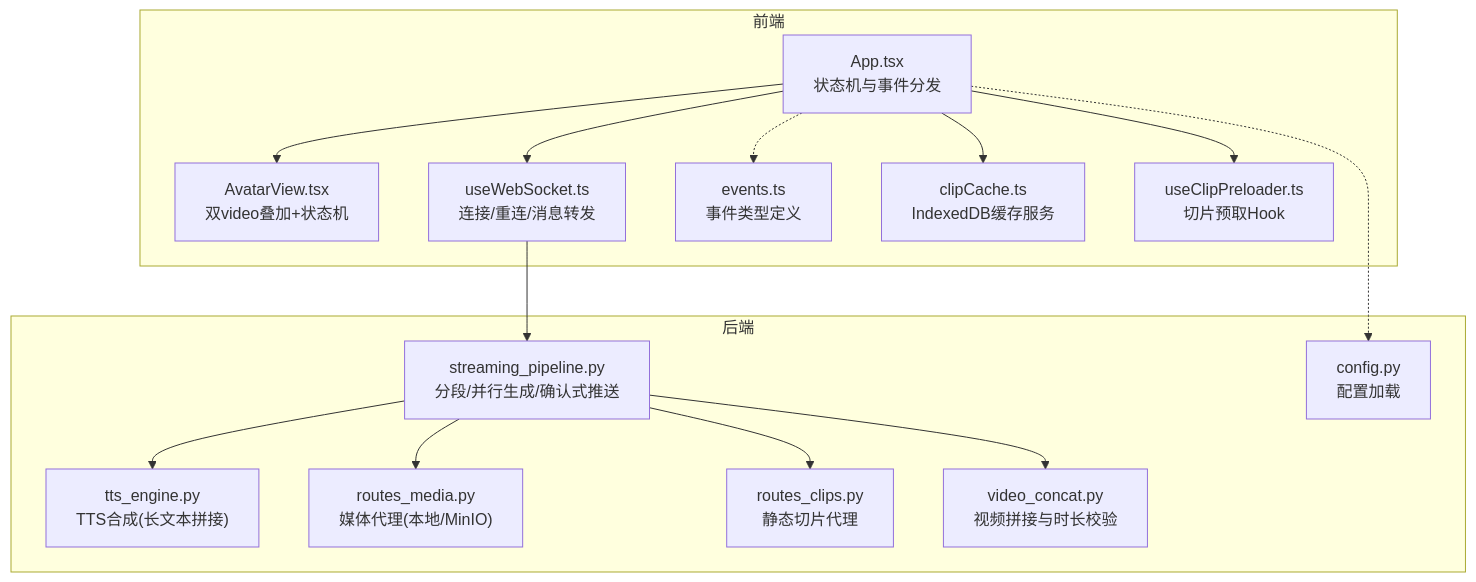
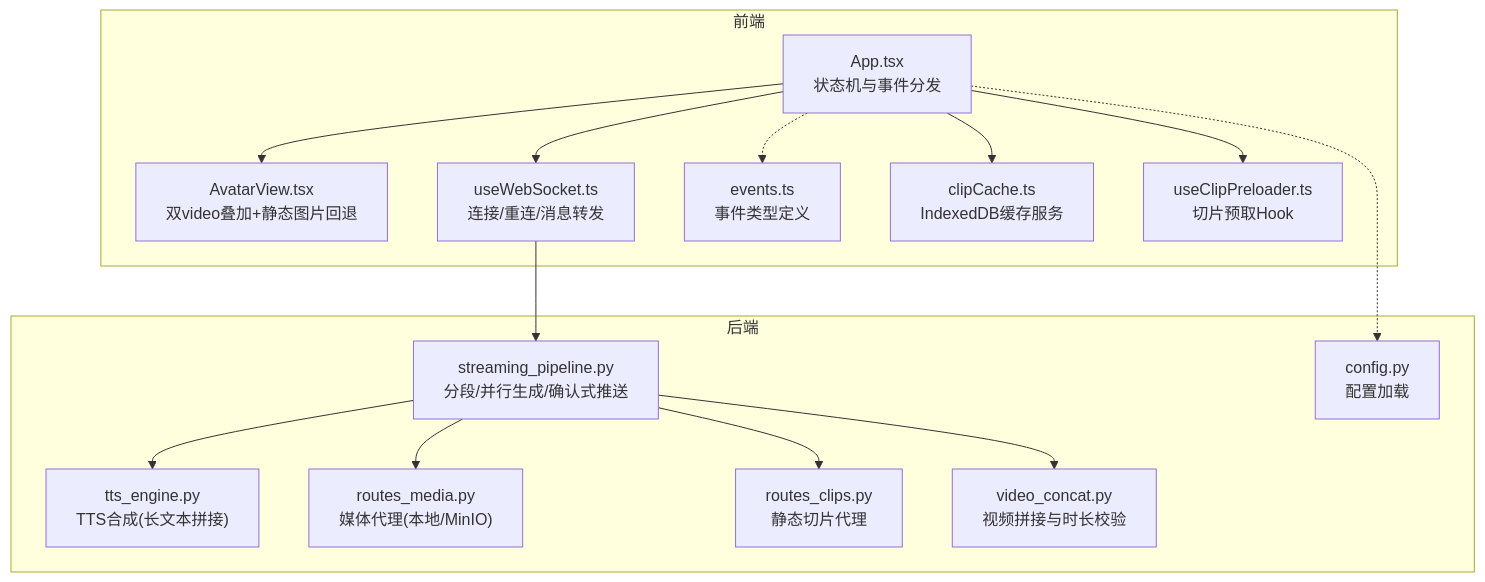
The first of 6 diagrams in .qoder/repowiki/zh/content/前端应用/虚拟形象系统.md (leo21cn/real-time-talk), drawn with Mermaid before and after one commit. The commit also changed other lines of this file and 3 other files, not shown here.

````diff
--- a/.qoder/repowiki/zh/content/前端应用/虚拟形象系统.md
+++ b/.qoder/repowiki/zh/content/前端应用/虚拟形象系统.md
@@ -56,30 +48,30 @@
 ```mermaid
 graph TB
 subgraph "前端"
 A["App.tsx<br/>状态机与事件分发"]
-B["AvatarView.tsx<br/>双video叠加+状态机"]
+B["AvatarView.tsx<br/>双video叠加+静态图片回退"]
 C["useWebSocket.ts<br/>连接/重连/消息转发"]
 D["events.ts<br/>事件类型定义"]
 E["clipCache.ts<br/>IndexedDB缓存服务"]
 F["useClipPreloader.ts<br/>切片预取Hook"]
 end
 subgraph "后端"
 G["streaming_pipeline.py<br/>分段/并行生成/确认式推送"]
 H["tts_engine.py<br/>TTS合成(长文本拼接)"]
 I["routes_media.py<br/>媒体代理(本地/MinIO)"]
 J["routes_clips.py<br/>静态切片代理"]
 K["config.py<br/>配置加载"]
 L["video_concat.py<br/>视频拼接与时长校验"]
 end
 A --> B
 A --> C
 A --> E
 A --> F
 C --> G
 G --> H
 G --> I
 G --> J
 G --> L
 A -.-> D
 A -.-> K
 ```
````
